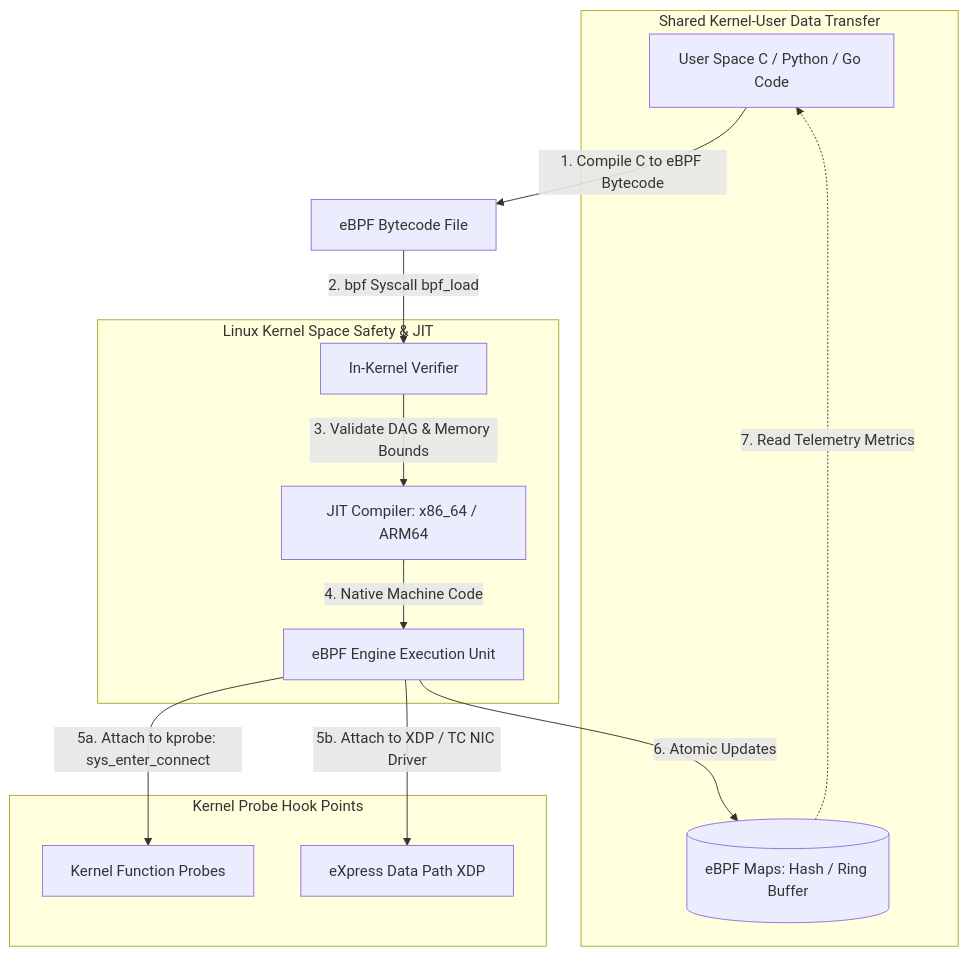
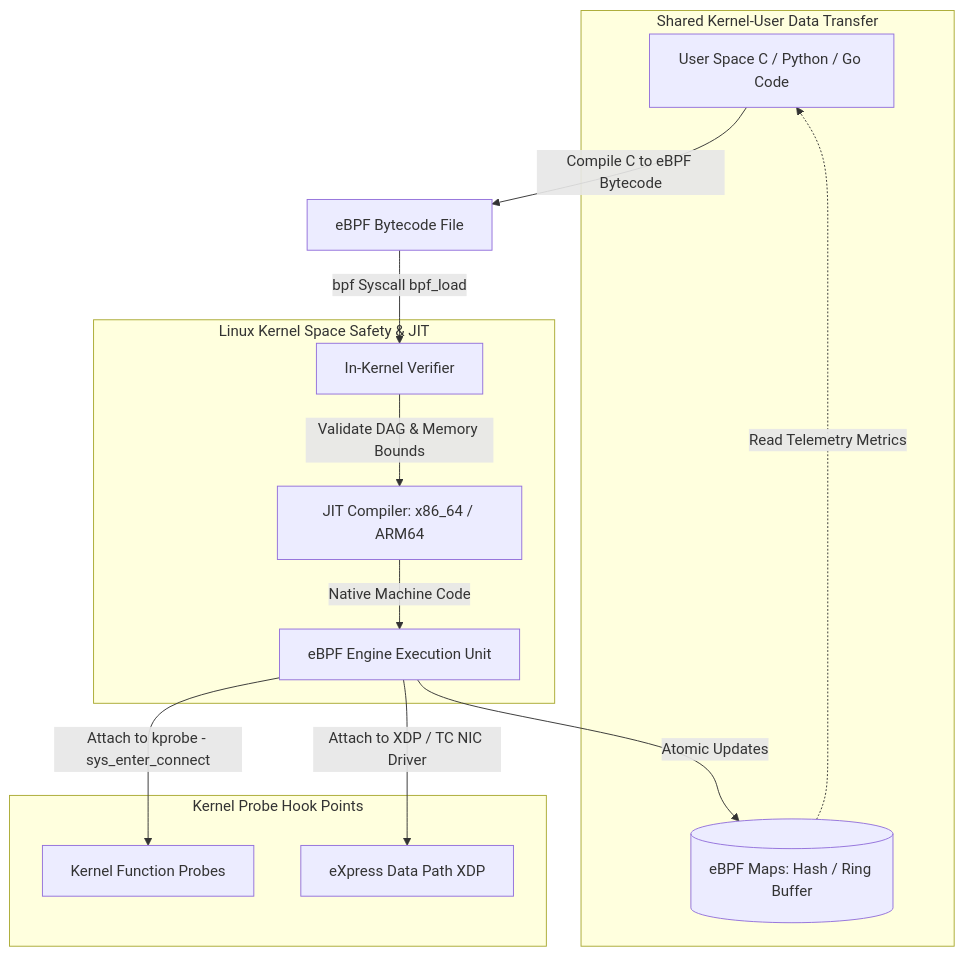
One commit to akmalkhaniub/akmalkhaniub.github.io changed the diagram in blog/posts/ebpf-observability-kernel-level-packet-tracing-socket-filtering.md. Above: the diagram before and after it, drawn with Mermaid. The commit also changed 411 other files, not shown here.

````diff
--- a/blog/posts/ebpf-observability-kernel-level-packet-tracing-socket-filtering.md
+++ b/blog/posts/ebpf-observability-kernel-level-packet-tracing-socket-filtering.md
@@ -19,20 +19,20 @@
 ```mermaid
-graph TD
-  UserApp[User Space C / Python / Go Code] -->|1. Compile C to eBPF Bytecode| Bytecode[eBPF Bytecode File]
-  Bytecode -->|2. bpf Syscall bpf_load| Verifier[In-Kernel Verifier]
+flowchart TD
+  UserApp[User Space C / Python / Go Code] -->|Compile C to eBPF Bytecode| Bytecode[eBPF Bytecode File]
+  Bytecode -->|bpf Syscall bpf_load| Verifier[In-Kernel Verifier]
   
   subgraph SG1_LinuxKernelSpace ["Linux Kernel Space Safety & JIT"]
-    Verifier -->|3. Validate DAG & Memory Bounds| JIT[JIT Compiler: x86_64 / ARM64]
-    JIT -->|4. Native Machine Code| Engine[eBPF Engine Execution Unit]
+    Verifier -->|Validate DAG & Memory Bounds| JIT[JIT Compiler: x86_64 / ARM64]
+    JIT -->|Native Machine Code| Engine[eBPF Engine Execution Unit]
   end
   
   subgraph SG2_KernelProbeHook ["Kernel Probe Hook Points"]
-    Engine -->|5a. Attach to kprobe: sys_enter_connect| Kprobe[Kernel Function Probes]
-    Engine -->|5b. Attach to XDP / TC NIC Driver| XDP[eXpress Data Path XDP]
+    Engine -->|Attach to kprobe - sys_enter_connect| Kprobe[Kernel Function Probes]
+    Engine -->|Attach to XDP / TC NIC Driver| XDP[eXpress Data Path XDP]
   end
   
   subgraph SG3_SharedKernelUser ["Shared Kernel-User Data Transfer"]
-    Engine -->|6. Atomic Updates| BPFMap[(eBPF Maps: Hash / Ring Buffer)]
-    BPFMap -.->|7. Read Telemetry Metrics| UserApp
+    Engine -->|Atomic Updates| BPFMap[(eBPF Maps: Hash / Ring Buffer)]
+    BPFMap -.->|Read Telemetry Metrics| UserApp
   end
 ```
````
